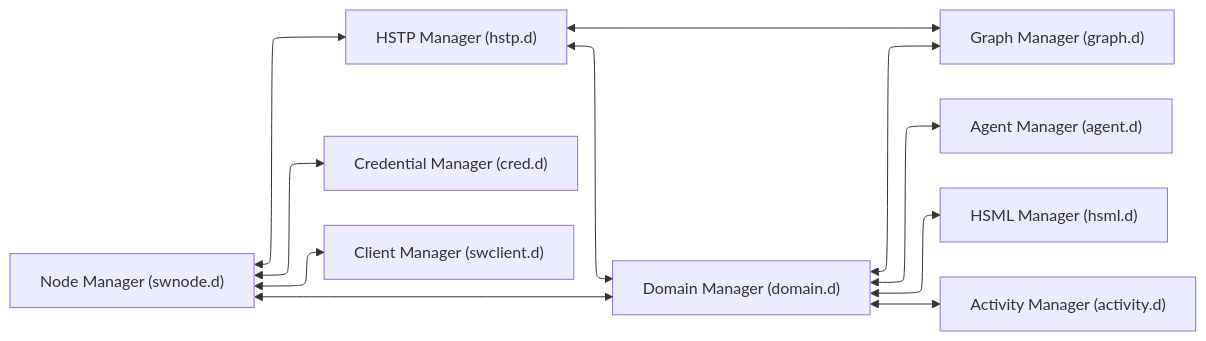
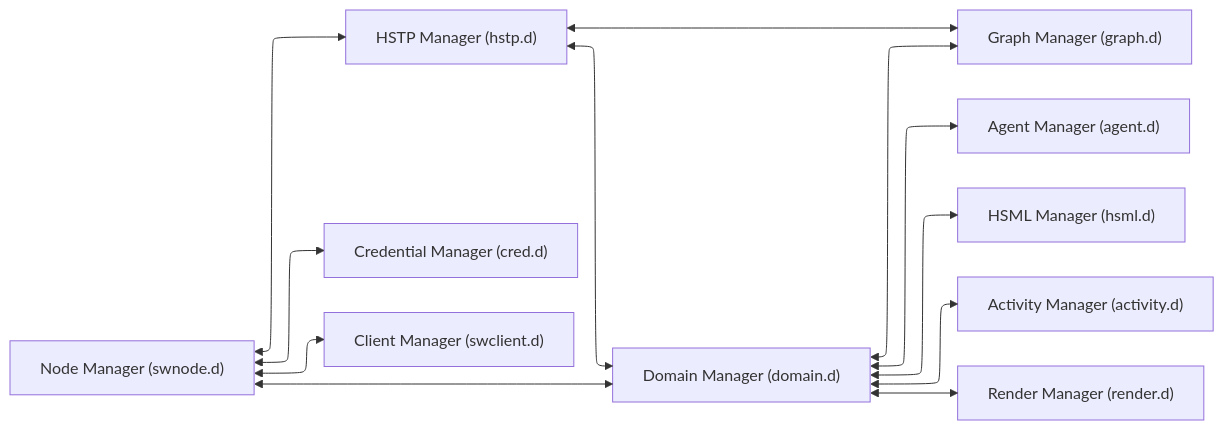
One commit to Spatial-Web-Foundation/UDG changed the first of 15 diagrams in README.md. Above: the diagram before and after it, drawn with Mermaid. The commit also changed other lines of this file, not shown here.

````diff
--- a/README.md
+++ b/README.md
@@ -517,19 +578,20 @@
 ```mermaid
 ---
 config:
     layout: elk
 ---
 graph LR
 nm["Node Manager (swnode.d)"]
 hstp["HSTP Manager (hstp.d)"]
 gm["Graph Manager (graph.d)"]
 dm["Domain Manager (domain.d)"]
 agent["Agent Manager (agent.d)"]
 hsml["HSML Manager (hsml.d)"]
 cred["Credential Manager (cred.d)"]
 client["Client Manager (swclient.d)"]
 activity["Activity Manager (activity.d)"]
+render["Render Manager (render.d)"]
 nm <--> hstp & dm & cred & client
 hstp <--> dm & gm
-dm <--> gm & agent & hsml & activity
+dm <--> gm & agent & hsml & activity & render
 ```
````
